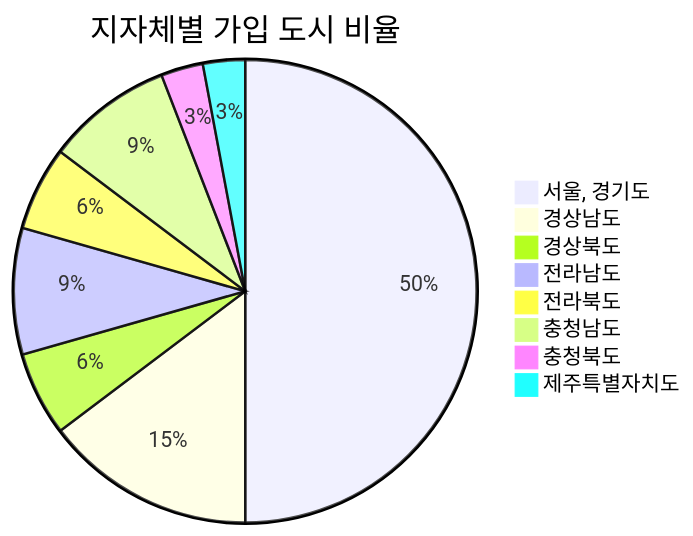
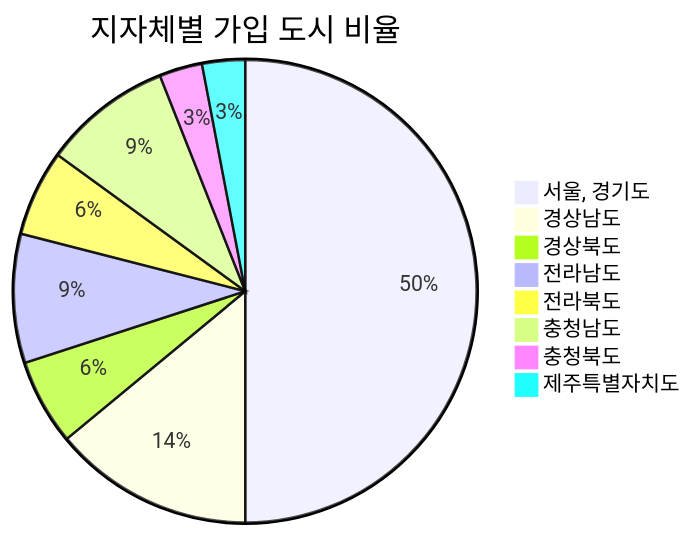
One commit to jhparkland/Age_Friendly_City changed the diagram in README.md. Above: the diagram before and after it, drawn with Mermaid.

````diff
--- a/README.md
+++ b/README.md
@@ -89,12 +89,12 @@
 ```mermaid
 pie
     title 지자체별 가입 도시 비율
-    "서울, 경기도" : 17
-    "경상남도" : 5
-    "경상북도" : 2
-    "전라남도" : 3
-    "전라북도" : 2
-    "충청남도" : 3
-    "충청북도" : 1
-    "제주특별자치도" : 1
+    "서울, 경기도" : 50
+    "경상남도" : 14
+    "경상북도" : 6
+    "전라남도" : 9
+    "전라북도" : 6
+    "충청남도" : 9
+    "충청북도" : 3
+    "제주특별자치도" : 3
 ```
````
